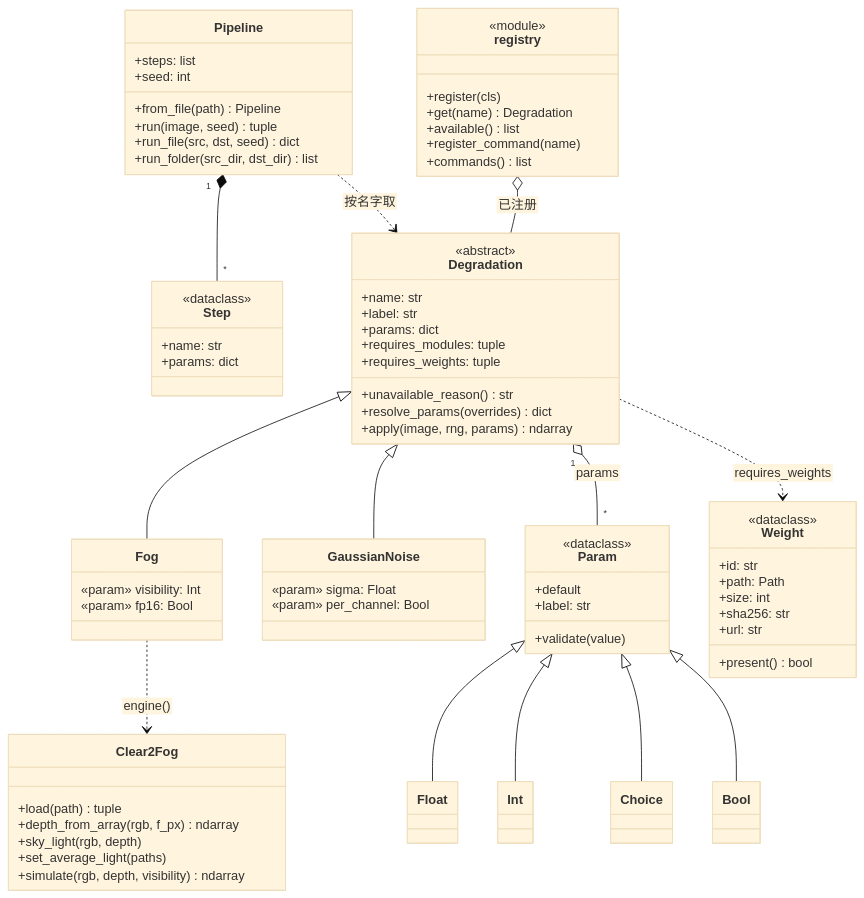
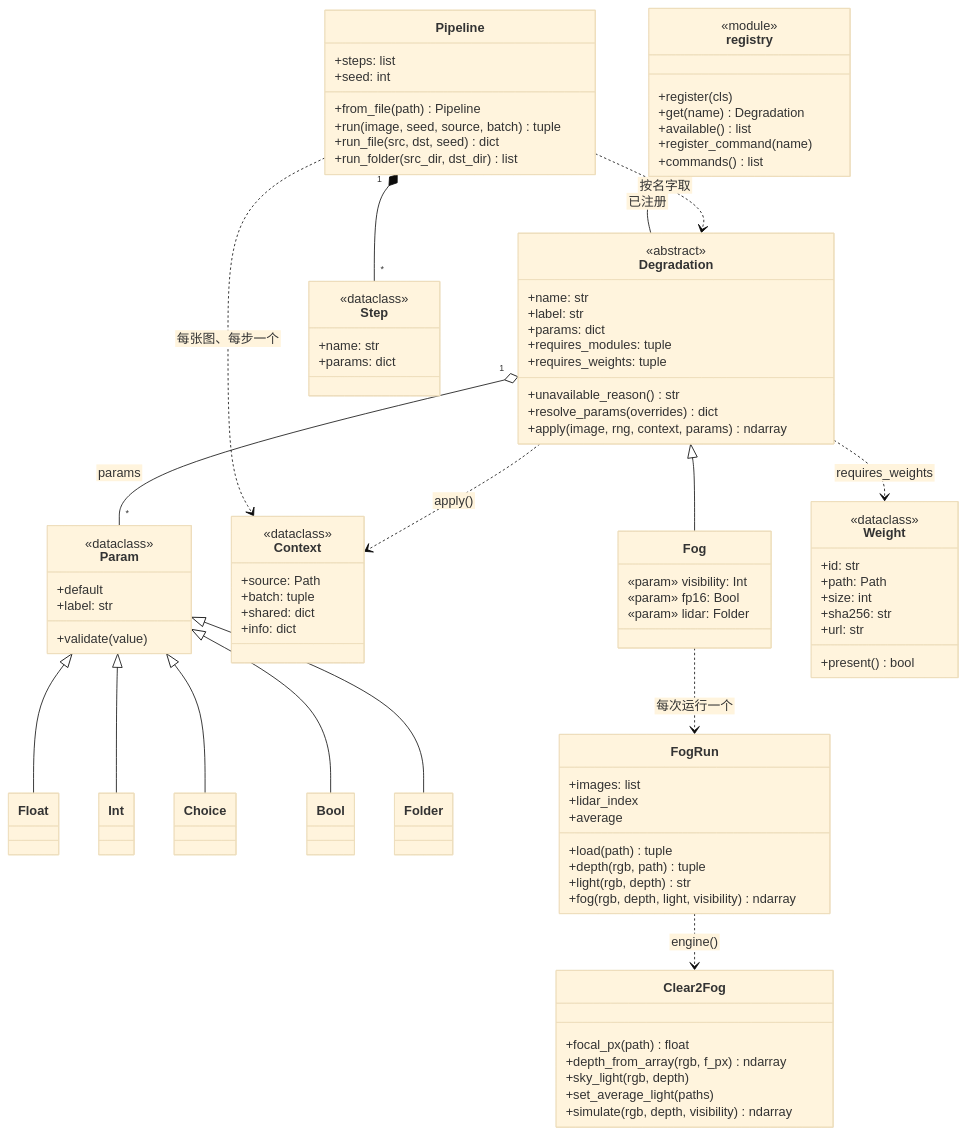
Before and after one commit to Tommy6015/degradation-framework: the second of 4 diagrams in doc/architecture.md, drawn with Mermaid (base theme). The commit also changed other lines of this file and 38 other files, not shown here.

```diff
--- a/doc/architecture.md
+++ b/doc/architecture.md
@@ -122,18 +121,23 @@
         +requires_weights: tuple
         +unavailable_reason() str
         +resolve_params(overrides) dict
-        +apply(image, rng, params) ndarray
+        +apply(image, rng, context, params) ndarray
     }
     class Fog {
         «param» visibility: Int
         «param» fp16: Bool
-    }
-    class GaussianNoise {
-        «param» sigma: Float
-        «param» per_channel: Bool
+        «param» lidar: Folder
     }
     Degradation <|-- Fog
-    Degradation <|-- GaussianNoise
+
+    class Context {
+        <<dataclass>>
+        +source: Path
+        +batch: tuple
+        +shared: dict
+        +info: dict
+    }
+    Degradation ..> Context : apply()
 
     class Param {
         <<dataclass>>
@@ -145,13 +149,14 @@
     Param <|-- Int
     Param <|-- Choice
     Param <|-- Bool
+    Param <|-- Folder
     Degradation "1" o-- "*" Param : params
 
     class Pipeline {
         +steps: list
         +seed: int
         +from_file(path) Pipeline
-        +run(image, seed) tuple
+        +run(image, seed, source, batch) tuple
         +run_file(src, dst, seed) dict
         +run_folder(src_dir, dst_dir) list
     }
@@ -162,6 +167,7 @@
     }
     Pipeline "1" *-- "*" Step
     Pipeline ..> Degradation : 按名字取
+    Pipeline ..> Context : 每张图、每步一个
 
     class registry {
         <<module>>
@@ -173,14 +179,24 @@
     }
     registry o-- Degradation : 已注册
 
+    class FogRun {
+        +images: list
+        +lidar_index
+        +average
+        +load(path) tuple
+        +depth(rgb, path) tuple
+        +light(rgb, depth) str
+        +fog(rgb, depth, light, visibility) ndarray
+    }
     class Clear2Fog {
-        +load(path) tuple
+        +focal_px(path) float
         +depth_from_array(rgb, f_px) ndarray
         +sky_light(rgb, depth)
         +set_average_light(paths)
         +simulate(rgb, depth, visibility) ndarray
     }
-    Fog ..> Clear2Fog : engine()
+    Fog ..> FogRun : 每次运行一个
+    FogRun ..> Clear2Fog : engine()
 
     class Weight {
         <<dataclass>>
```
